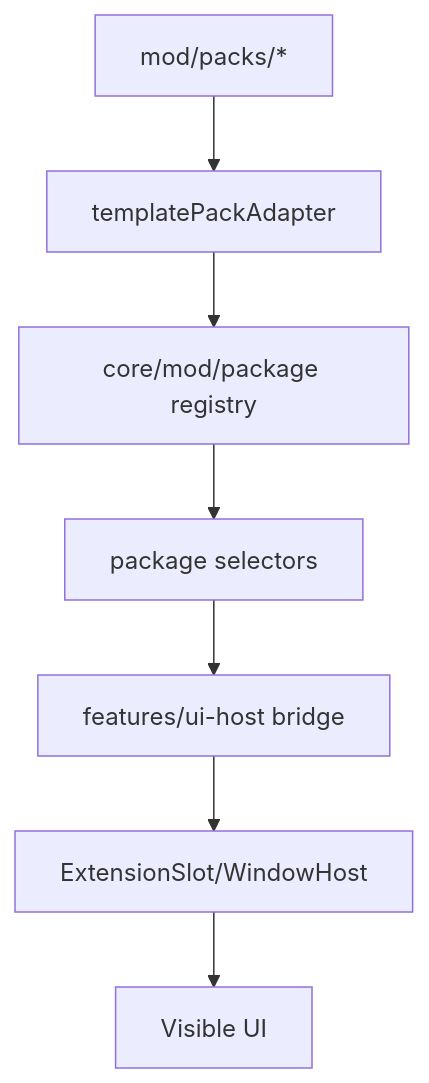
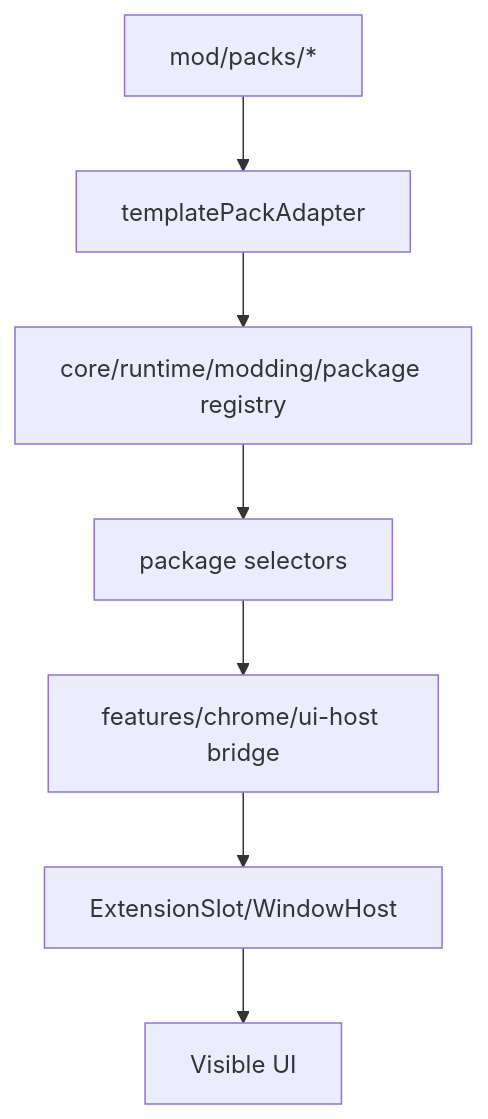
Before and after one commit to sykaboom/SY-Math-Slate: the third of 5 diagrams in v10/docs/architecture/ModularizationDependencyFlow.md, drawn with Mermaid. The commit also changed other lines of this file and 841 other files, not shown here.

Commit message:
refactor: finalize topology-v2 relayout and runtime modding convergence

````diff
--- a/v10/docs/architecture/ModularizationDependencyFlow.md
+++ b/v10/docs/architecture/ModularizationDependencyFlow.md
@@ -89,9 +89,9 @@
 ```mermaid
 flowchart TD
     T[mod/packs/*] --> A[templatePackAdapter]
-    A --> PR[core/mod/package registry]
+    A --> PR[core/runtime/modding/package registry]
     PR --> Sel[package selectors]
-    Sel --> UH[features/ui-host bridge]
+    Sel --> UH[features/chrome/ui-host bridge]
     UH --> Slot[ExtensionSlot/WindowHost]
     Slot --> UI[Visible UI]
 ```
````
